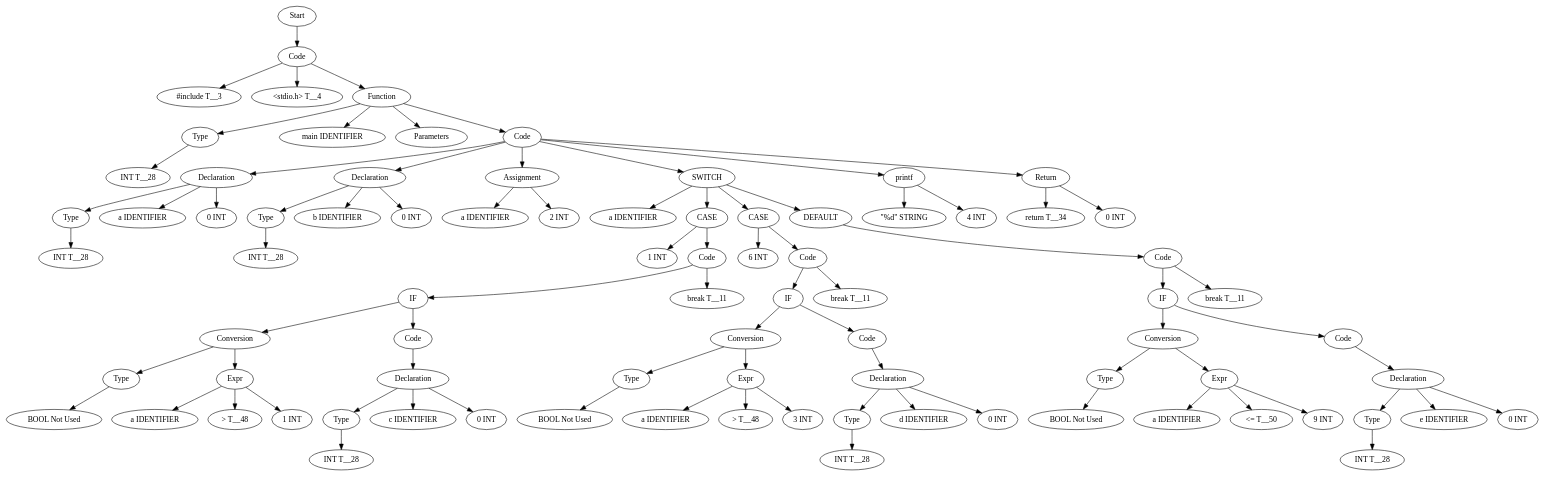
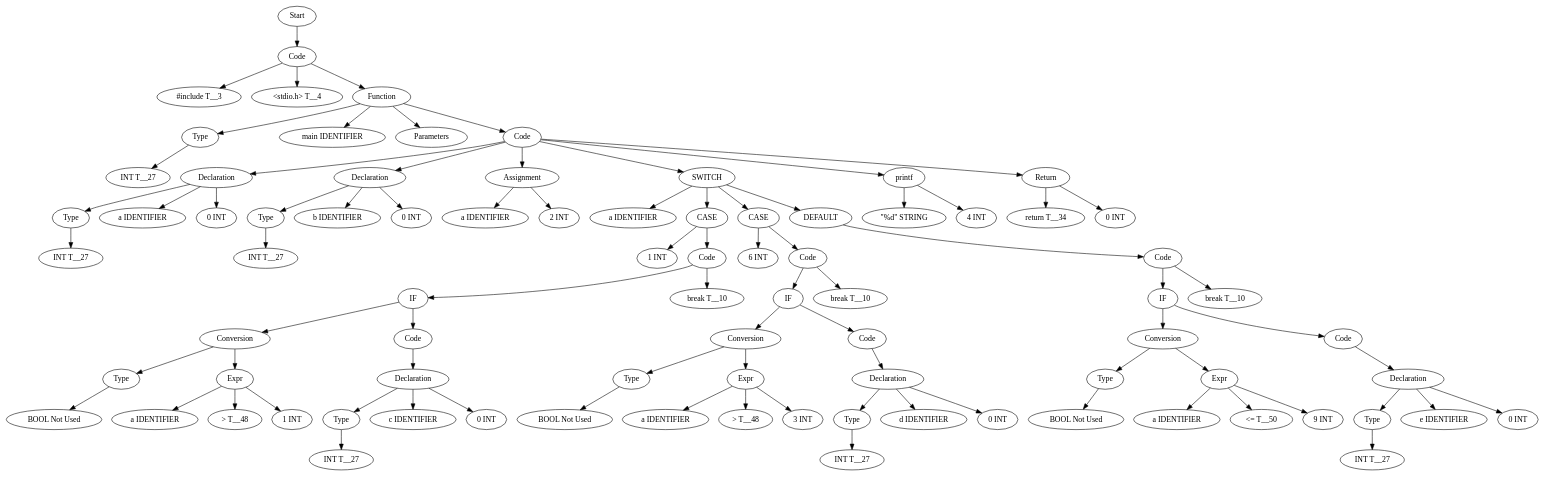
The diagram in TestCases/ASTTests/SwitchTests/createTests/read_file_before.dot (Are-you-listening/Compilers), drawn with Graphviz before and after one commit. The commit also changed 168 other files, not shown here.

```diff
--- a/TestCases/ASTTests/SwitchTests/createTests/read_file_before.dot
+++ b/TestCases/ASTTests/SwitchTests/createTests/read_file_before.dot
@@ -1,169 +1,169 @@
 digraph AST {
-  "126170885665168" [label="Start"];
-  "126170885665168" -> "126170885665120";
-  "126170885665120" [label="Code"];
-  "126170885665120" -> "126170885663536";
-  "126170885665120" -> "126170885668192";
-  "126170885665120" -> "126170885668768";
-  "126170885663536" [label="#include T__3"];
-  "126170885668192" [label="<stdio.h> T__4"];
-  "126170885668768" [label="Function"];
-  "126170885668768" -> "126170885668144";
-  "126170885668768" -> "126170885656336";
-  "126170885668768" -> "126170885668048";
-  "126170885668768" -> "126170885668240";
-  "126170885668144" [label="Type"];
-  "126170885668144" -> "126170885663584";
-  "126170885663584" [label="INT T__28"];
-  "126170885656336" [label="main IDENTIFIER"];
-  "126170885668048" [label="Parameters"];
-  "126170885668240" [label="Code"];
-  "126170885668240" -> "126170885662192";
-  "126170885668240" -> "126170885658736";
-  "126170885668240" -> "126170885666944";
-  "126170885668240" -> "126170885666224";
-  "126170885668240" -> "126170885836080";
-  "126170885668240" -> "126170885836320";
-  "126170885662192" [label="Declaration"];
-  "126170885662192" -> "126170885666080";
-  "126170885662192" -> "126170885655904";
-  "126170885662192" -> "126170885662384";
-  "126170885666080" [label="Type"];
-  "126170885666080" -> "126170885667856";
-  "126170885667856" [label="INT T__28"];
-  "126170885655904" [label="a IDENTIFIER"];
-  "126170885662384" [label="0 INT"];
-  "126170885658736" [label="Declaration"];
-  "126170885658736" -> "126170885664688";
-  "126170885658736" -> "126170885663728";
-  "126170885658736" -> "126170885666752";
-  "126170885664688" [label="Type"];
-  "126170885664688" -> "126170885665648";
-  "126170885665648" [label="INT T__28"];
-  "126170885663728" [label="b IDENTIFIER"];
-  "126170885666752" [label="0 INT"];
-  "126170885666944" [label="Assignment"];
-  "126170885666944" -> "126170885668576";
-  "126170885666944" -> "126170885668288";
-  "126170885668576" [label="a IDENTIFIER"];
-  "126170885668288" [label="2 INT"];
-  "126170885666224" [label="SWITCH"];
-  "126170885666224" -> "126170885663824";
-  "126170885666224" -> "126170885663872";
-  "126170885666224" -> "126170885664016";
-  "126170885666224" -> "126170885652880";
-  "126170885663824" [label="a IDENTIFIER"];
-  "126170885663872" [label="CASE"];
-  "126170885663872" -> "126170885667088";
-  "126170885663872" -> "126170885667184";
-  "126170885667088" [label="1 INT"];
-  "126170885667184" [label="Code"];
-  "126170885667184" -> "126170885662144";
-  "126170885667184" -> "126170885662816";
-  "126170885662144" [label="IF"];
-  "126170885662144" -> "126170885837280";
-  "126170885662144" -> "126170885665360";
-  "126170885837280" [label="Conversion"];
-  "126170885837280" -> "126170885837232";
-  "126170885837280" -> "126170885666848";
-  "126170885837232" [label="Type"];
-  "126170885837232" -> "126170885837328";
-  "126170885837328" [label="BOOL Not Used"];
-  "126170885666848" [label="Expr"];
-  "126170885666848" -> "126170885667376";
-  "126170885666848" -> "126170885666176";
-  "126170885666848" -> "126170885665744";
-  "126170885667376" [label="a IDENTIFIER"];
-  "126170885666176" [label="> T__48"];
-  "126170885665744" [label="1 INT"];
-  "126170885665360" [label="Code"];
-  "126170885665360" -> "126170885661328";
-  "126170885661328" [label="Declaration"];
-  "126170885661328" -> "126170885662960";
-  "126170885661328" -> "126170885665552";
-  "126170885661328" -> "126170885662288";
-  "126170885662960" [label="Type"];
-  "126170885662960" -> "126170885663392";
-  "126170885663392" [label="INT T__28"];
-  "126170885665552" [label="c IDENTIFIER"];
-  "126170885662288" [label="0 INT"];
-  "126170885662816" [label="break T__11"];
-  "126170885664016" [label="CASE"];
-  "126170885664016" -> "126170885664976";
-  "126170885664016" -> "126170885658400";
-  "126170885664976" [label="6 INT"];
-  "126170885658400" [label="Code"];
-  "126170885658400" -> "126170885665264";
-  "126170885658400" -> "126170885837856";
-  "126170885665264" [label="IF"];
-  "126170885665264" -> "126170885836992";
-  "126170885665264" -> "126170885839248";
-  "126170885836992" [label="Conversion"];
-  "126170885836992" -> "126170885836896";
-  "126170885836992" -> "126170885665840";
-  "126170885836896" [label="Type"];
-  "126170885836896" -> "126170885837040";
-  "126170885837040" [label="BOOL Not Used"];
-  "126170885665840" [label="Expr"];
-  "126170885665840" -> "126170885665792";
-  "126170885665840" -> "126170885667712";
-  "126170885665840" -> "126170885839200";
-  "126170885665792" [label="a IDENTIFIER"];
-  "126170885667712" [label="> T__48"];
-  "126170885839200" [label="3 INT"];
-  "126170885839248" [label="Code"];
-  "126170885839248" -> "126170885838000";
-  "126170885838000" [label="Declaration"];
-  "126170885838000" -> "126170885840784";
-  "126170885838000" -> "126170885833440";
-  "126170885838000" -> "126170885833296";
-  "126170885840784" [label="Type"];
-  "126170885840784" -> "126170885840928";
-  "126170885840928" [label="INT T__28"];
-  "126170885833440" [label="d IDENTIFIER"];
-  "126170885833296" [label="0 INT"];
-  "126170885837856" [label="break T__11"];
-  "126170885652880" [label="DEFAULT"];
-  "126170885652880" -> "126170885839632";
-  "126170885839632" [label="Code"];
-  "126170885839632" -> "126170885833392";
-  "126170885839632" -> "126170885839344";
-  "126170885833392" [label="IF"];
-  "126170885833392" -> "126170885835456";
-  "126170885833392" -> "126170885845008";
-  "126170885835456" [label="Conversion"];
-  "126170885835456" -> "126170885835360";
-  "126170885835456" -> "126170885840976";
-  "126170885835360" [label="Type"];
-  "126170885835360" -> "126170885834640";
-  "126170885834640" [label="BOOL Not Used"];
-  "126170885840976" [label="Expr"];
-  "126170885840976" -> "126170885833344";
-  "126170885840976" -> "126170885833152";
-  "126170885840976" -> "126170885845056";
-  "126170885833344" [label="a IDENTIFIER"];
-  "126170885833152" [label="<= T__50"];
-  "126170885845056" [label="9 INT"];
-  "126170885845008" [label="Code"];
-  "126170885845008" -> "126170885841024";
-  "126170885841024" [label="Declaration"];
-  "126170885841024" -> "126170885840544";
-  "126170885841024" -> "126170885839008";
-  "126170885841024" -> "126170885840160";
-  "126170885840544" [label="Type"];
-  "126170885840544" -> "126170885838864";
-  "126170885838864" [label="INT T__28"];
-  "126170885839008" [label="e IDENTIFIER"];
-  "126170885840160" [label="0 INT"];
-  "126170885839344" [label="break T__11"];
-  "126170885836080" [label="printf"];
-  "126170885836080" -> "126170885835696";
-  "126170885836080" -> "126170885836704";
-  "126170885835696" [label="\"%d\" STRING"];
-  "126170885836704" [label="4 INT"];
-  "126170885836320" [label="Return"];
-  "126170885836320" -> "126170885838576";
-  "126170885836320" -> "126170885836368";
-  "126170885838576" [label="return T__34"];
-  "126170885836368" [label="0 INT"];
+  "127448011091984" [label="Start"];
+  "127448011091984" -> "127448011085312";
+  "127448011085312" [label="Code"];
+  "127448011085312" -> "127448011094336";
+  "127448011085312" -> "127448011090496";
+  "127448011085312" -> "127448011090592";
+  "127448011094336" [label="#include T__3"];
+  "127448011090496" [label="<stdio.h> T__4"];
+  "127448011090592" [label="Function"];
+  "127448011090592" -> "127448011090544";
+  "127448011090592" -> "127448011092080";
+  "127448011090592" -> "127448011095968";
+  "127448011090592" -> "127448011093712";
+  "127448011090544" [label="Type"];
+  "127448011090544" -> "127448011094240";
+  "127448011094240" [label="INT T__27"];
+  "127448011092080" [label="main IDENTIFIER"];
+  "127448011095968" [label="Parameters"];
+  "127448011093712" [label="Code"];
+  "127448011093712" -> "127448011095536";
+  "127448011093712" -> "127448011095056";
+  "127448011093712" -> "127448011084496";
+  "127448011093712" -> "127448011094912";
+  "127448011093712" -> "127448011297200";
+  "127448011093712" -> "127448011295616";
+  "127448011095536" [label="Declaration"];
+  "127448011095536" -> "127448011091840";
+  "127448011095536" -> "127448011087616";
+  "127448011095536" -> "127448011088528";
+  "127448011091840" [label="Type"];
+  "127448011091840" -> "127448011089056";
+  "127448011089056" [label="INT T__27"];
+  "127448011087616" [label="a IDENTIFIER"];
+  "127448011088528" [label="0 INT"];
+  "127448011095056" [label="Declaration"];
+  "127448011095056" -> "127448011095152";
+  "127448011095056" -> "127448011082912";
+  "127448011095056" -> "127448011095008";
+  "127448011095152" [label="Type"];
+  "127448011095152" -> "127448011090688";
+  "127448011090688" [label="INT T__27"];
+  "127448011082912" [label="b IDENTIFIER"];
+  "127448011095008" [label="0 INT"];
+  "127448011084496" [label="Assignment"];
+  "127448011084496" -> "127448011093040";
+  "127448011084496" -> "127448011095296";
+  "127448011093040" [label="a IDENTIFIER"];
+  "127448011095296" [label="2 INT"];
+  "127448011094912" [label="SWITCH"];
+  "127448011094912" -> "127448011086560";
+  "127448011094912" -> "127448011082144";
+  "127448011094912" -> "127448011095920";
+  "127448011094912" -> "127448011092656";
+  "127448011086560" [label="a IDENTIFIER"];
+  "127448011082144" [label="CASE"];
+  "127448011082144" -> "127448011092896";
+  "127448011082144" -> "127448011095344";
+  "127448011092896" [label="1 INT"];
+  "127448011095344" [label="Code"];
+  "127448011095344" -> "127448011090640";
+  "127448011095344" -> "127448011093520";
+  "127448011090640" [label="IF"];
+  "127448011090640" -> "127448011294464";
+  "127448011090640" -> "127448011093664";
+  "127448011294464" [label="Conversion"];
+  "127448011294464" -> "127448011294800";
+  "127448011294464" -> "127448011090160";
+  "127448011294800" [label="Type"];
+  "127448011294800" -> "127448011294848";
+  "127448011294848" [label="BOOL Not Used"];
+  "127448011090160" [label="Expr"];
+  "127448011090160" -> "127448011088816";
+  "127448011090160" -> "127448011090256";
+  "127448011090160" -> "127448011080560";
+  "127448011088816" [label="a IDENTIFIER"];
+  "127448011090256" [label="> T__48"];
+  "127448011080560" [label="1 INT"];
+  "127448011093664" [label="Code"];
+  "127448011093664" -> "127448011088672";
+  "127448011088672" [label="Declaration"];
+  "127448011088672" -> "127448011092704";
+  "127448011088672" -> "127448011092608";
+  "127448011088672" -> "127448011093424";
+  "127448011092704" [label="Type"];
+  "127448011092704" -> "127448011088720";
+  "127448011088720" [label="INT T__27"];
+  "127448011092608" [label="c IDENTIFIER"];
+  "127448011093424" [label="0 INT"];
+  "127448011093520" [label="break T__10"];
+  "127448011095920" [label="CASE"];
+  "127448011095920" -> "127448011092752";
+  "127448011095920" -> "127448011090064";
+  "127448011092752" [label="6 INT"];
+  "127448011090064" [label="Code"];
+  "127448011090064" -> "127448011090832";
+  "127448011090064" -> "127448011089440";
+  "127448011090832" [label="IF"];
+  "127448011090832" -> "127448011292832";
+  "127448011090832" -> "127448011094192";
+  "127448011292832" [label="Conversion"];
+  "127448011292832" -> "127448011293504";
+  "127448011292832" -> "127448011095728";
+  "127448011293504" [label="Type"];
+  "127448011293504" -> "127448011293312";
+  "127448011293312" [label="BOOL Not Used"];
+  "127448011095728" [label="Expr"];
+  "127448011095728" -> "127448011087664";
+  "127448011095728" -> "127448011092224";
+  "127448011095728" -> "127448011090400";
+  "127448011087664" [label="a IDENTIFIER"];
+  "127448011092224" [label="> T__48"];
+  "127448011090400" [label="3 INT"];
+  "127448011094192" [label="Code"];
+  "127448011094192" -> "127448011093088";
+  "127448011093088" [label="Declaration"];
+  "127448011093088" -> "127448011090448";
+  "127448011093088" -> "127448011089728";
+  "127448011093088" -> "127448011089488";
+  "127448011090448" [label="Type"];
+  "127448011090448" -> "127448011088624";
+  "127448011088624" [label="INT T__27"];
+  "127448011089728" [label="d IDENTIFIER"];
+  "127448011089488" [label="0 INT"];
+  "127448011089440" [label="break T__10"];
+  "127448011092656" [label="DEFAULT"];
+  "127448011092656" -> "127448011092176";
+  "127448011092176" [label="Code"];
+  "127448011092176" -> "127448011092128";
+  "127448011092176" -> "127448011089584";
+  "127448011092128" [label="IF"];
+  "127448011092128" -> "127448011294944";
+  "127448011092128" -> "127448011088384";
+  "127448011294944" [label="Conversion"];
+  "127448011294944" -> "127448011293744";
+  "127448011294944" -> "127448011091216";
+  "127448011293744" [label="Type"];
+  "127448011293744" -> "127448011293792";
+  "127448011293792" [label="BOOL Not Used"];
+  "127448011091216" [label="Expr"];
+  "127448011091216" -> "127448011091600";
+  "127448011091216" -> "127448011091312";
+  "127448011091216" -> "127448011091648";
+  "127448011091600" [label="a IDENTIFIER"];
+  "127448011091312" [label="<= T__50"];
+  "127448011091648" [label="9 INT"];
+  "127448011088384" [label="Code"];
+  "127448011088384" -> "127448011089248";
+  "127448011089248" [label="Declaration"];
+  "127448011089248" -> "127448011092416";
+  "127448011089248" -> "127448011300896";
+  "127448011089248" -> "127448011301712";
+  "127448011092416" [label="Type"];
+  "127448011092416" -> "127448011300944";
+  "127448011300944" [label="INT T__27"];
+  "127448011300896" [label="e IDENTIFIER"];
+  "127448011301712" [label="0 INT"];
+  "127448011089584" [label="break T__10"];
+  "127448011297200" [label="printf"];
+  "127448011297200" -> "127448011295808";
+  "127448011297200" -> "127448011296912";
+  "127448011295808" [label="\"%d\" STRING"];
+  "127448011296912" [label="4 INT"];
+  "127448011295616" [label="Return"];
+  "127448011295616" -> "127448011296960";
+  "127448011295616" -> "127448011295184";
+  "127448011296960" [label="return T__34"];
+  "127448011295184" [label="0 INT"];
 }
```
